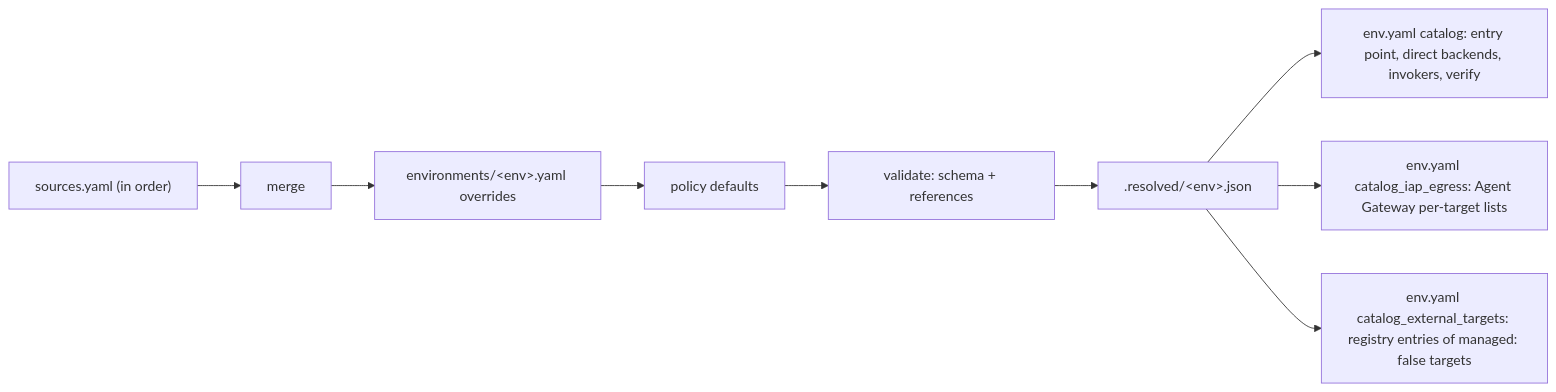
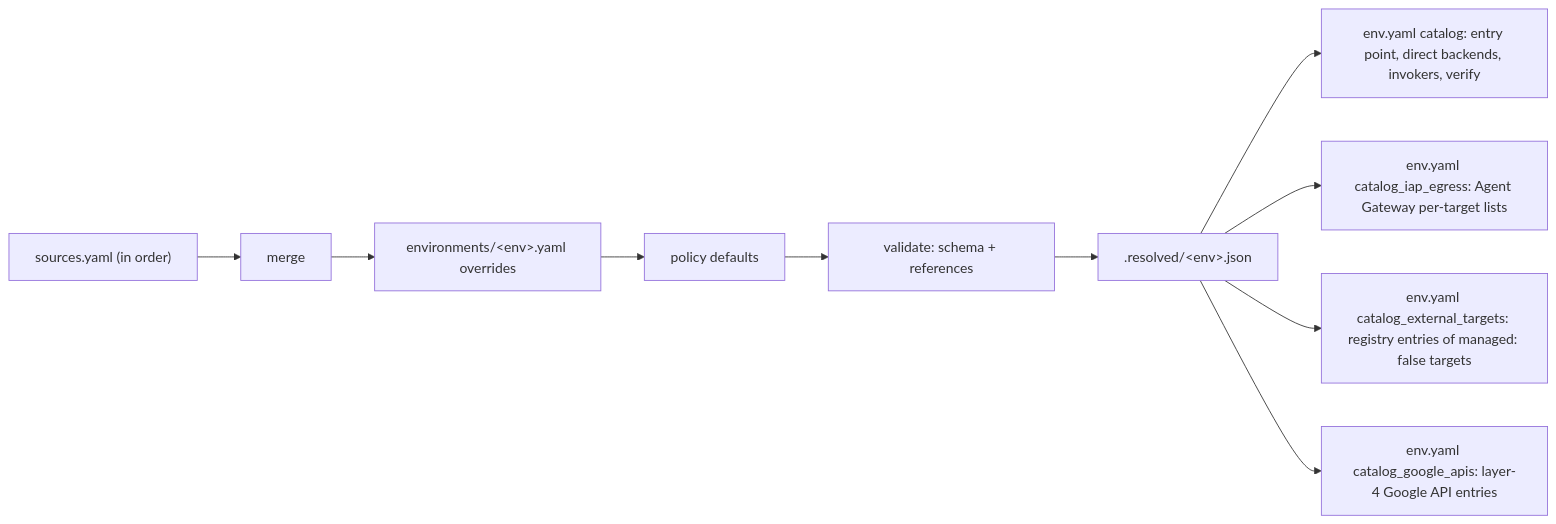
One commit to google/esmeralda changed the diagram in docs/src/3-agentops-and-lifecycle/06-service-catalog.md. Above: the diagram before and after it, drawn with Mermaid. The commit also changed other lines of this file and 31 other files, not shown here.

First line of the commit message:
feat(catalog): declare Google API egress in the catalog, least privilege per agent (#219)

````diff
--- a/docs/src/3-agentops-and-lifecycle/06-service-catalog.md
+++ b/docs/src/3-agentops-and-lifecycle/06-service-catalog.md
@@ -100,11 +100,12 @@
 ```mermaid
 flowchart LR
   S["sources.yaml (in order)"] --> M["merge"]
   M --> O["environments/&lt;env&gt;.yaml overrides"]
   O --> D["policy defaults"]
   D --> V["validate: schema + references"]
   V --> R[".resolved/&lt;env&gt;.json"]
   R --> T["env.yaml catalog: entry point, direct backends, invokers, verify"]
   R --> G["env.yaml catalog_iap_egress: Agent Gateway per-target lists"]
   R --> X["env.yaml catalog_external_targets: registry entries of managed: false targets"]
+  R --> A["env.yaml catalog_google_apis: layer-4 Google API entries"]
 ```
````
